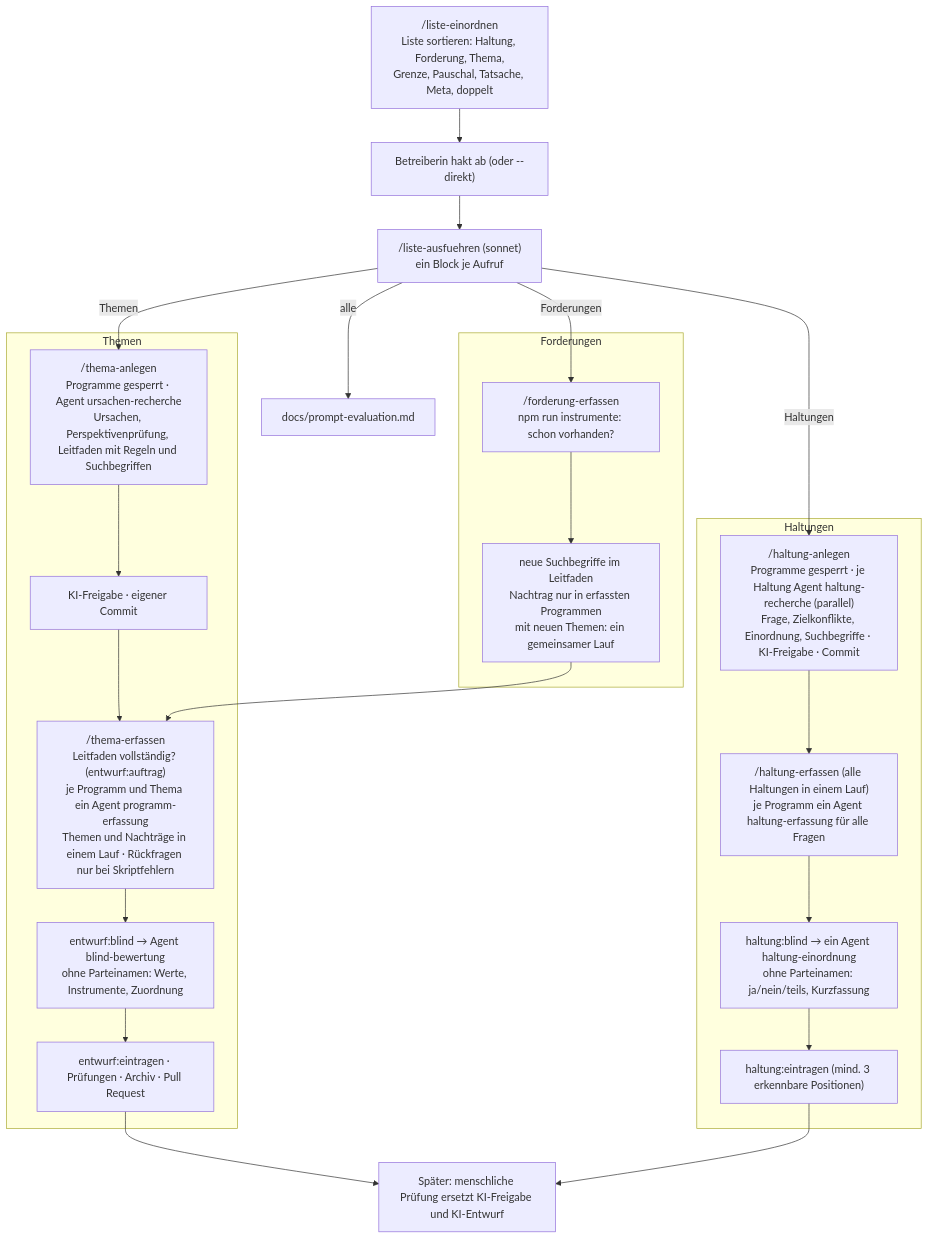
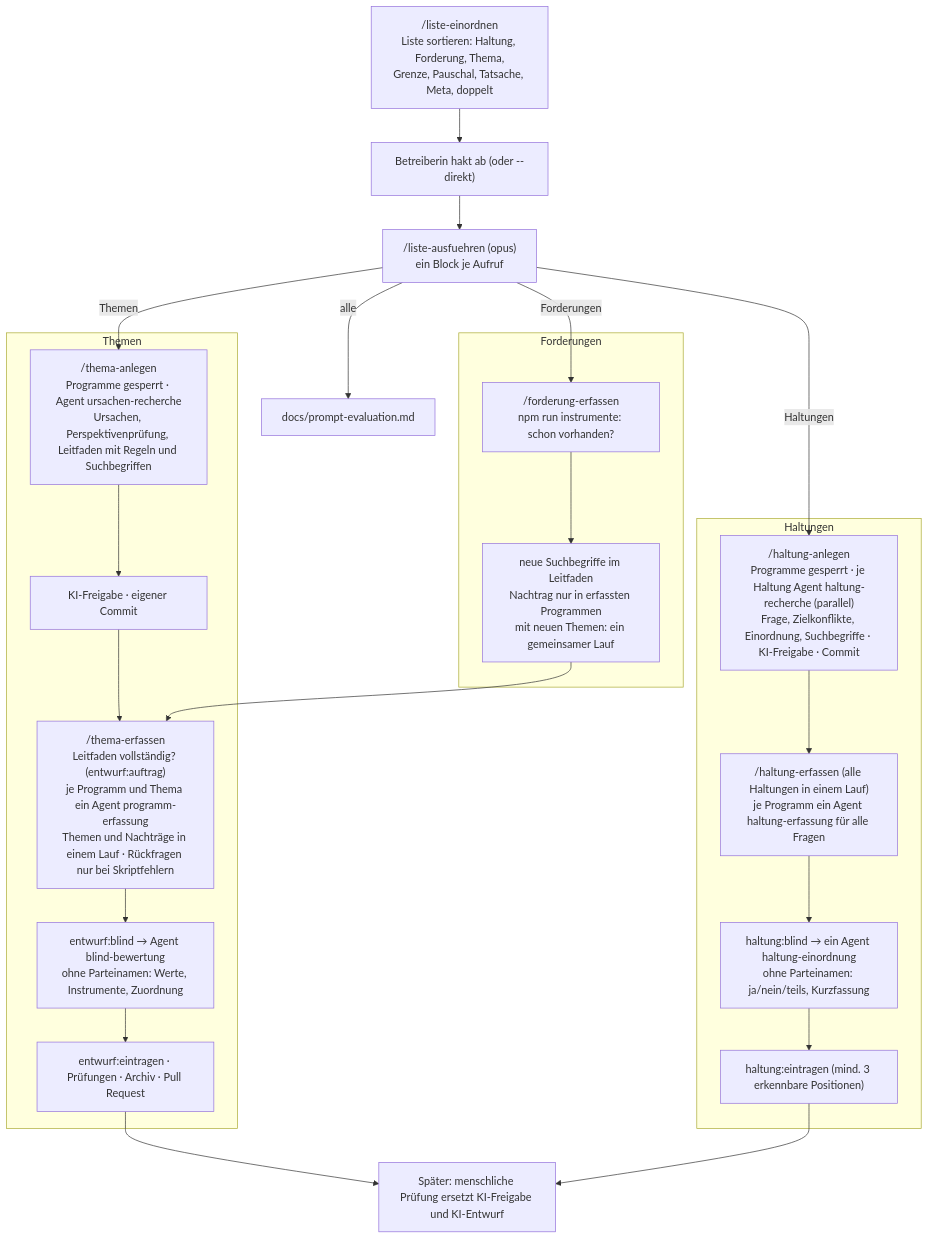
One commit to politik-duell/politik-duell changed the diagram in .claude/skills/README.md. Above: the diagram before and after it, drawn with Mermaid. The commit also changed other lines of this file and 9 other files, not shown here.

````diff
--- a/.claude/skills/README.md
+++ b/.claude/skills/README.md
@@ -5,33 +5,33 @@
 ```mermaid
 flowchart TD
     L["/liste-einordnen<br/>Liste sortieren: Haltung, Forderung, Thema,<br/>Grenze, Pauschal, Tatsache, Meta, doppelt"]
     LA["Betreiberin hakt ab (oder --direkt)"]
-    LB["/liste-ausfuehren (sonnet)<br/>ein Block je Aufruf"]
+    LB["/liste-ausfuehren (opus)<br/>ein Block je Aufruf"]
     L --> LA --> LB
     LB -->|Haltungen| H1
     LB -->|Themen| T1
     LB -->|Forderungen| F1
     LB -->|alle| EV["docs/prompt-evaluation.md"]
     subgraph T["Themen"]
         T1["/thema-anlegen<br/>Programme gesperrt · Agent ursachen-recherche<br/>Ursachen, Perspektivenprüfung, Leitfaden mit Regeln und Suchbegriffen"]
         T2["KI-Freigabe · eigener Commit"]
         T3["/thema-erfassen<br/>Leitfaden vollständig? (entwurf:auftrag)<br/>je Programm und Thema ein Agent programm-erfassung<br/>Themen und Nachträge in einem Lauf · Rückfragen nur bei Skriptfehlern"]
         T4["entwurf:blind → Agent blind-bewertung<br/>ohne Parteinamen: Werte, Instrumente, Zuordnung"]
         T5["entwurf:eintragen · Prüfungen · Archiv · Pull Request"]
         T1 --> T2 --> T3 --> T4 --> T5
     end
     subgraph F["Forderungen"]
         F1["/forderung-erfassen<br/>npm run instrumente: schon vorhanden?"]
         F2["neue Suchbegriffe im Leitfaden<br/>Nachtrag nur in erfassten Programmen<br/>mit neuen Themen: ein gemeinsamer Lauf"]
         F1 --> F2 --> T3
     end
     subgraph H["Haltungen"]
         H1["/haltung-anlegen<br/>Programme gesperrt · je Haltung Agent haltung-recherche (parallel)<br/>Frage, Zielkonflikte, Einordnung, Suchbegriffe · KI-Freigabe · Commit"]
         H2["/haltung-erfassen (alle Haltungen in einem Lauf)<br/>je Programm ein Agent haltung-erfassung für alle Fragen"]
         H3["haltung:blind → ein Agent haltung-einordnung<br/>ohne Parteinamen: ja/nein/teils, Kurzfassung"]
         H4["haltung:eintragen (mind. 3 erkennbare Positionen)"]
         H1 --> H2 --> H3 --> H4
     end
     T5 --> P["Später: menschliche Prüfung ersetzt KI-Freigabe und KI-Entwurf"]
     H4 --> P
 ```
````
